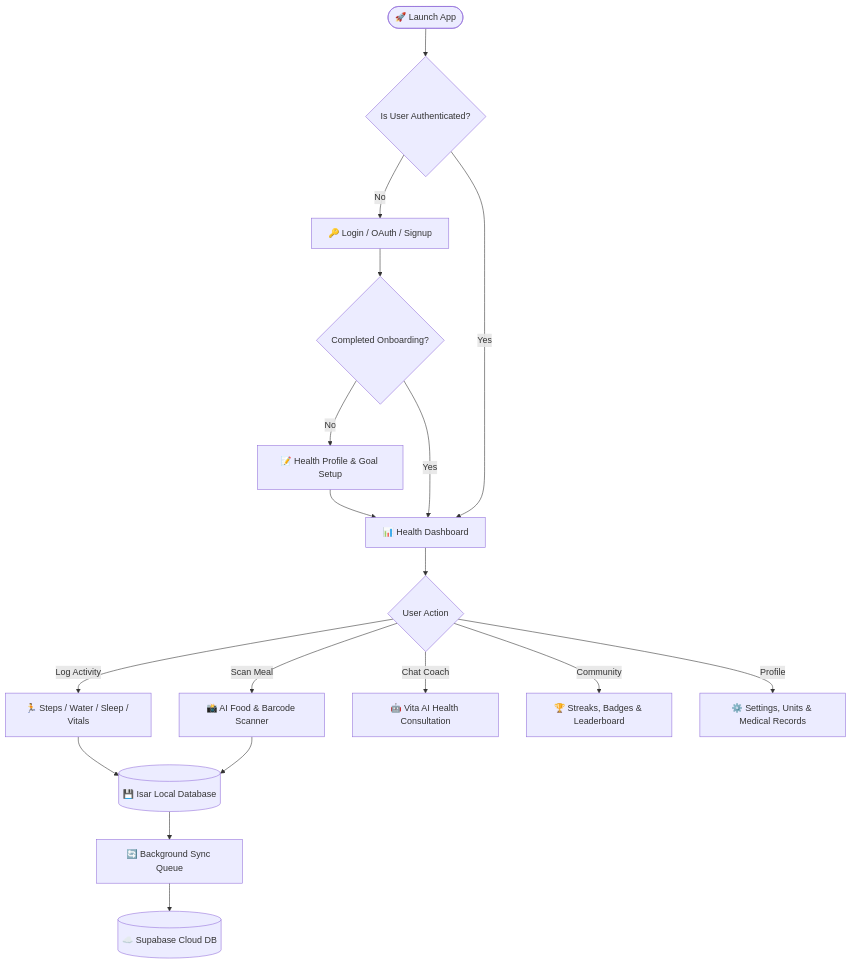
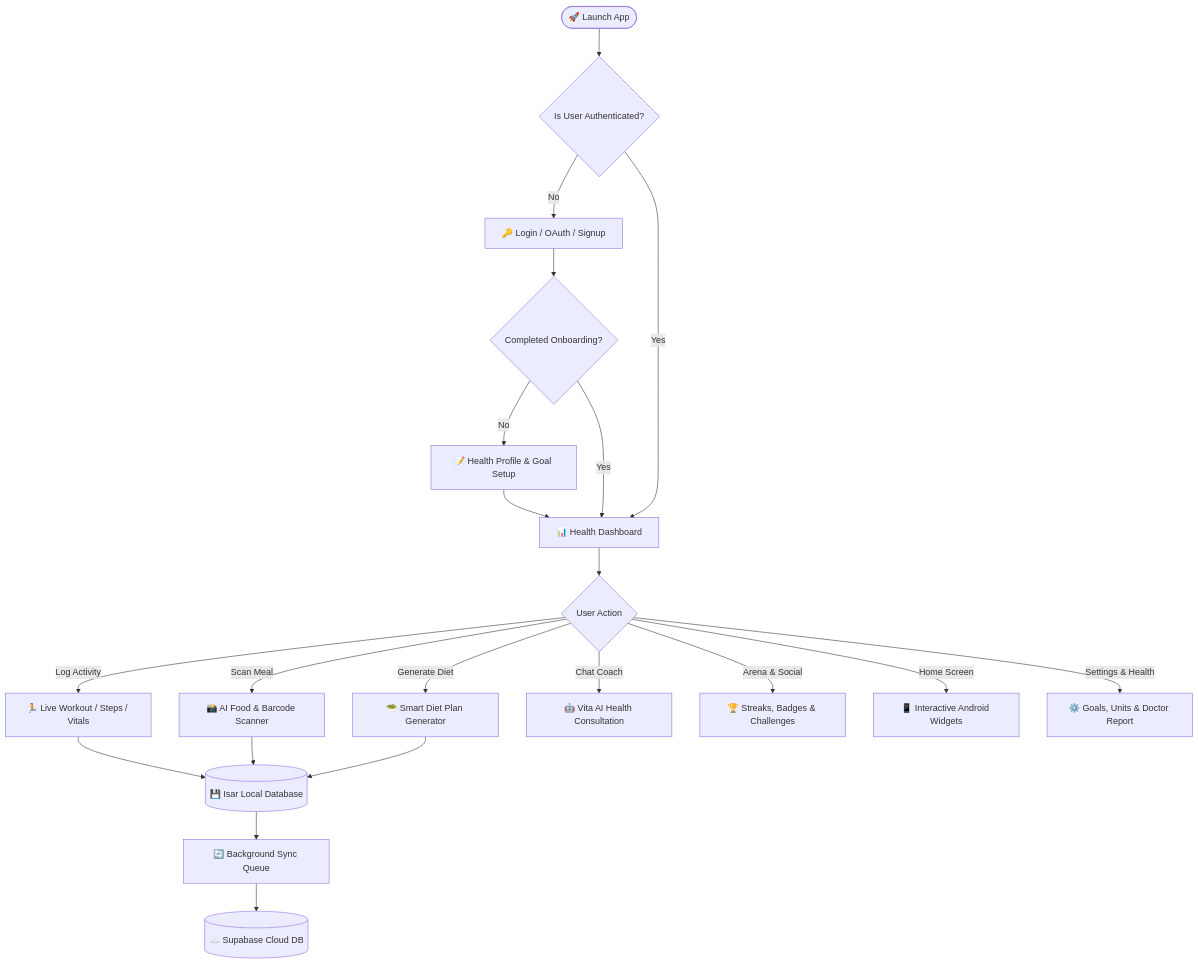
Before and after one commit to TarunTalan/vital_up: the second of 4 diagrams in README.md, drawn with Mermaid. The commit also changed other lines of this file and 39 other files, not shown here.

````diff
--- a/README.md
+++ b/README.md
@@ -123,25 +241,28 @@
 ```mermaid
 flowchart TD
     Start([🚀 Launch App]) --> AuthCheck{Is User Authenticated?}
     
     AuthCheck -- No --> AuthFlow[🔑 Login / OAuth / Signup]
     AuthFlow --> OnboardingCheck{Completed Onboarding?}
     OnboardingCheck -- No --> Onboarding[📝 Health Profile & Goal Setup]
     Onboarding --> Dashboard[📊 Health Dashboard]
     OnboardingCheck -- Yes --> Dashboard
     
     AuthCheck -- Yes --> Dashboard
     
     Dashboard --> FeatureChoice{User Action}
     
-    FeatureChoice -->|Log Activity| ActivityTrack[🏃 Steps / Water / Sleep / Vitals]
+    FeatureChoice -->|Log Activity| ActivityTrack[🏃 Live Workout / Steps / Vitals]
     FeatureChoice -->|Scan Meal| ScannerFlow[📸 AI Food & Barcode Scanner]
+    FeatureChoice -->|Generate Diet| DietFlow[🥗 Smart Diet Plan Generator]
     FeatureChoice -->|Chat Coach| VitaFlow[🤖 Vita AI Health Consultation]
-    FeatureChoice -->|Community| SocialFlow[🏆 Streaks, Badges & Leaderboard]
-    FeatureChoice -->|Profile| ProfileFlow[⚙️ Settings, Units & Medical Records]
+    FeatureChoice -->|Arena & Social| ArenaFlow[🏆 Streaks, Badges & Challenges]
+    FeatureChoice -->|Home Screen| WidgetFlow[📱 Interactive Android Widgets]
+    FeatureChoice -->|Settings & Health| ProfileFlow[⚙️ Goals, Units & Doctor Report]
     
     ActivityTrack --> LocalCache[(💾 Isar Local Database)]
     ScannerFlow --> LocalCache
+    DietFlow --> LocalCache
     LocalCache --> SyncEngine[🔄 Background Sync Queue]
     SyncEngine --> CloudDB[(☁️ Supabase Cloud DB)]
 ```
````
